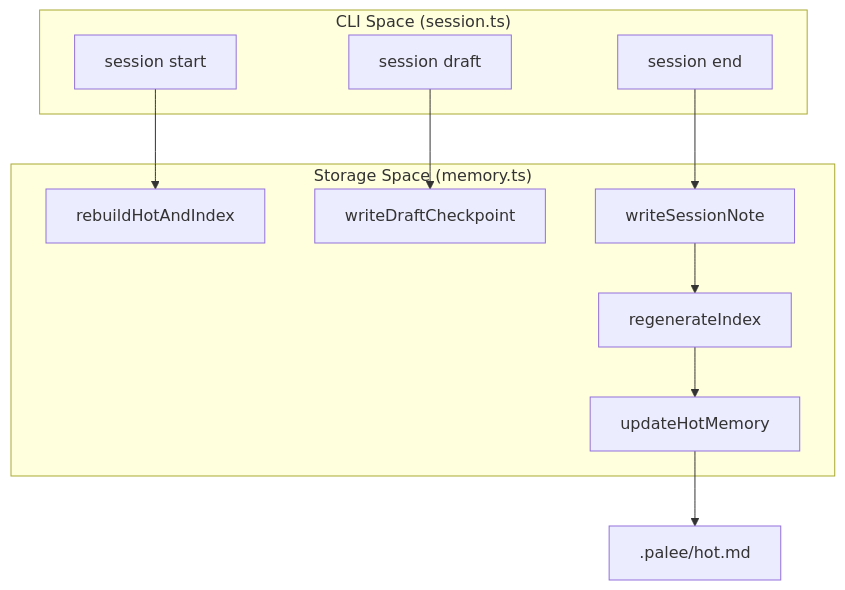
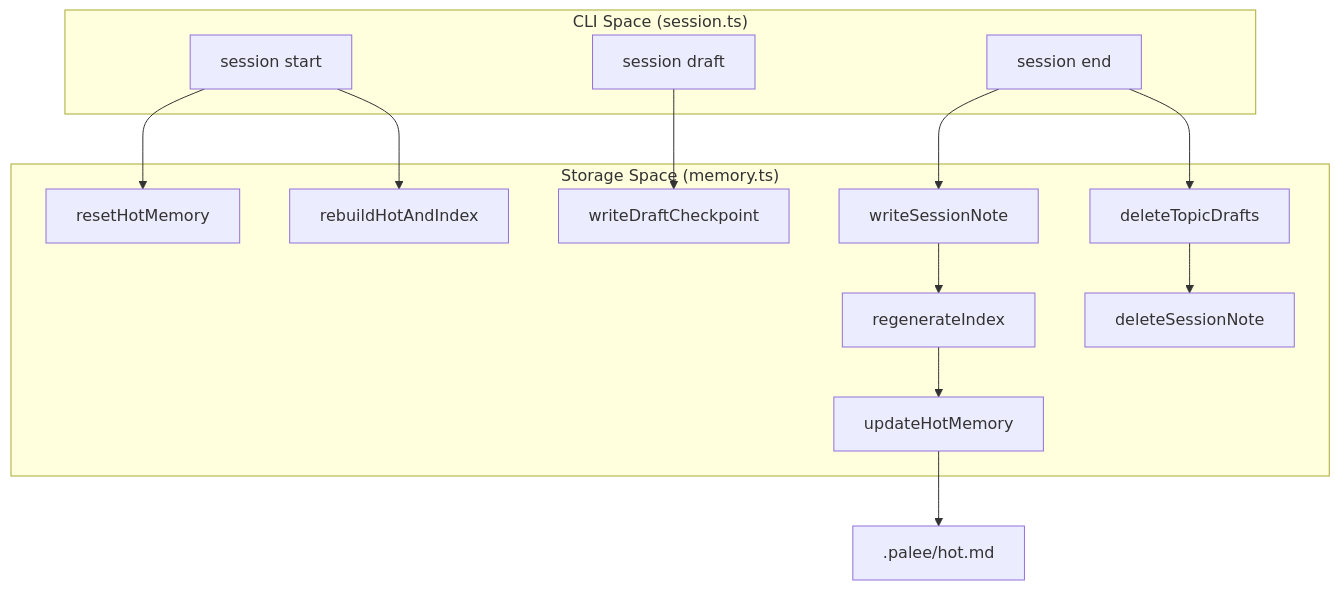
The first of 2 diagrams in docs/04-4-session-memory-storage.md (Kuldeep2822k/cli), drawn with Mermaid before and after one commit. The commit also changed other lines of this file and 35 other files, not shown here.

````diff
--- a/docs/04-4-session-memory-storage.md
+++ b/docs/04-4-session-memory-storage.md
@@ -50,22 +51,27 @@
 ```mermaid
 flowchart TD
     HOT_FILE[".palee/hot.md"]
     subgraph subGraph1 ["Storage Space (memory.ts)"]
         RH["rebuildHotAndIndex"]
         WDC["writeDraftCheckpoint"]
         WSN["writeSessionNote"]
         RI["regenerateIndex"]
         UH["updateHotMemory"]
+        RHM["resetHotMemory"]
+        DTD["deleteTopicDrafts"]
+        DSN["deleteSessionNote"]
     end
     subgraph subGraph0 ["CLI Space (session.ts)"]
         START["session start"]
         DRAFT_CMD["session draft"]
         END_CMD["session end"]
     end
-    START --> RH
+    START --> RHM & RH
     DRAFT_CMD --> WDC
     END_CMD --> WSN
+    END_CMD --> DTD
+    DTD --> DSN
     WSN --> RI
     RI --> UH
     UH --> HOT_FILE
 ```
````
